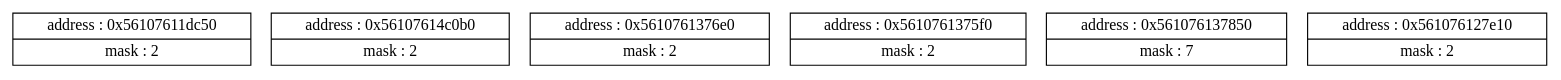
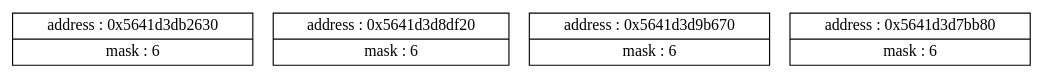
One commit to Shishqa/3sem_cpp-practice changed the diagram in projects/00_ShishGL/assets/subs.dot. Above: the diagram before and after it, drawn with Graphviz. The commit also changed 255 other files, not shown here.

```diff
--- a/projects/00_ShishGL/assets/subs.dot
+++ b/projects/00_ShishGL/assets/subs.dot
@@ -1,15 +1,11 @@
 digraph {
 	node [shape=record]
-	node0x56107611dc50 [label = "{address : 0x56107611dc50 |mask : 2}"];
+	node0x5641d3db2630 [label = "{address : 0x5641d3db2630 |mask : 6}"];
 
-	node0x56107614c0b0 [label = "{address : 0x56107614c0b0 |mask : 2}"];
+	node0x5641d3d8df20 [label = "{address : 0x5641d3d8df20 |mask : 6}"];
 
-	node0x5610761376e0 [label = "{address : 0x5610761376e0 |mask : 2}"];
+	node0x5641d3d9b670 [label = "{address : 0x5641d3d9b670 |mask : 6}"];
 
-	node0x5610761375f0 [label = "{address : 0x5610761375f0 |mask : 2}"];
-
-	node0x561076137850 [label = "{address : 0x561076137850 |mask : 7}"];
-
-	node0x561076127e10 [label = "{address : 0x561076127e10 |mask : 2}"];
+	node0x5641d3d7bb80 [label = "{address : 0x5641d3d7bb80 |mask : 6}"];
 
 }
```
